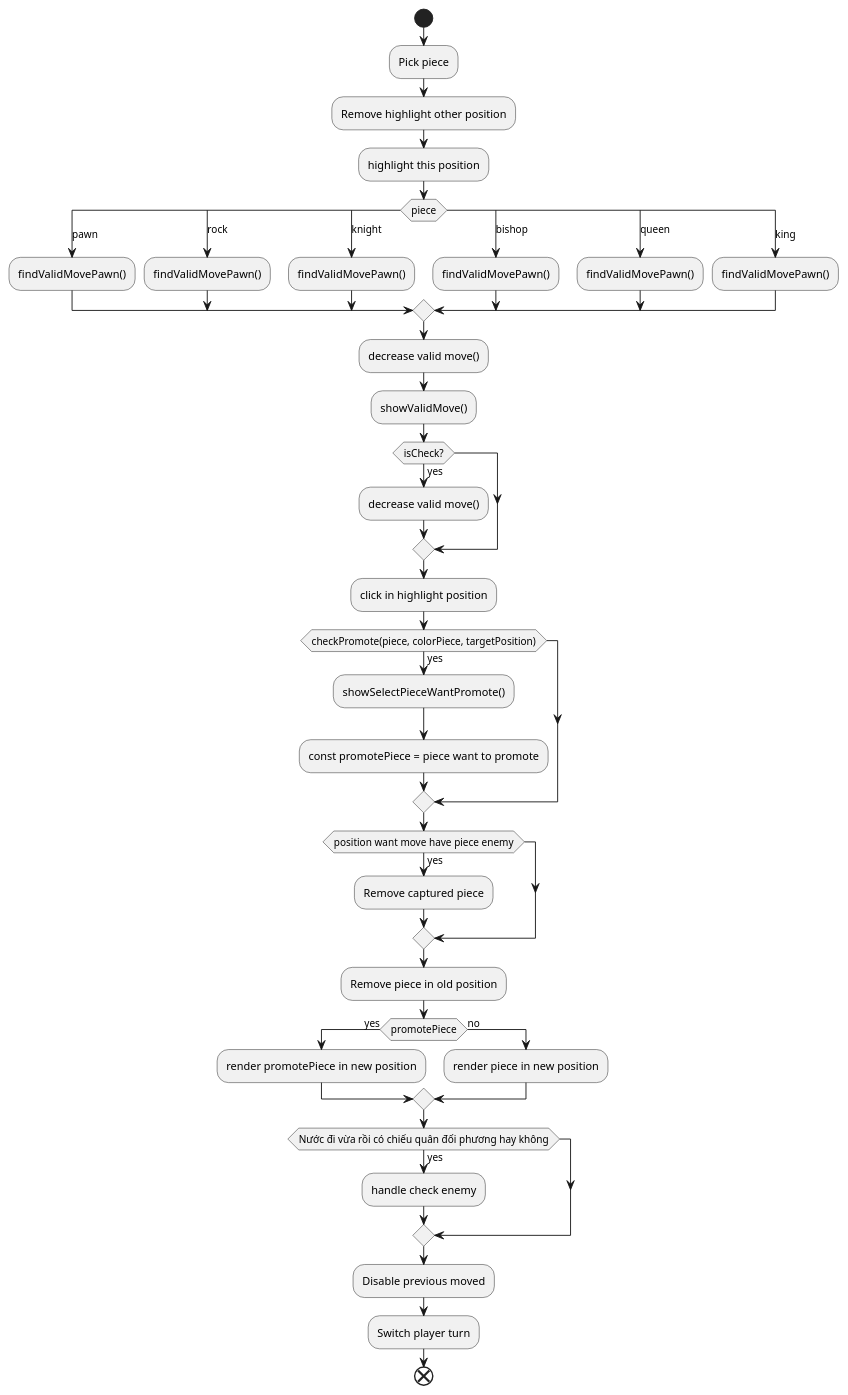
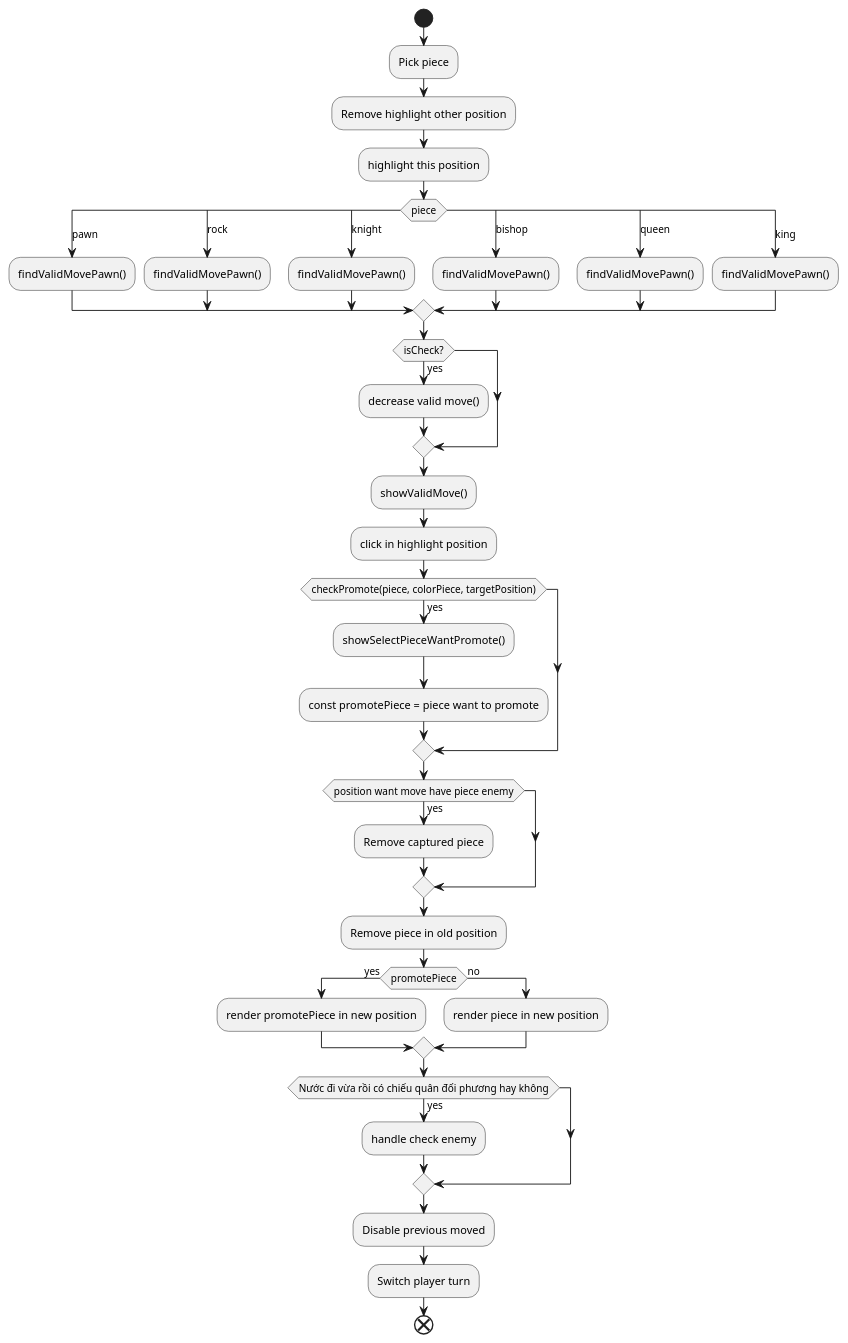
The diagram in chessGame/docs/diagrams/movePiece.wsd (kieutridang/set2023), drawn with PlantUML before and after one commit.

Commit message:
update flowchart

```diff
--- a/chessGame/docs/diagrams/movePiece.wsd
+++ b/chessGame/docs/diagrams/movePiece.wsd
@@ -1,57 +1,57 @@
 @startuml
 start
 
 :Pick piece;
 :Remove highlight other position;
 :highlight this position;
 
 switch (piece)
 case (pawn)
 :findValidMovePawn();
 case (rock)
 :findValidMovePawn();
 case (knight)
 :findValidMovePawn();
 case (bishop)
 :findValidMovePawn();
 case (queen)
 :findValidMovePawn();
 case (king)
 :findValidMovePawn();
 
 endswitch
-:decrease valid move();
 
-:showValidMove();
 
 
 if(isCheck?) then (yes)
     :decrease valid move();
 endif
+
+:showValidMove();
 :click in highlight position;
 
 if (checkPromote(piece, colorPiece, targetPosition)) then (yes)
     :showSelectPieceWantPromote();
     :const promotePiece = piece want to promote;
 endif
 
 
 if (position want move have piece enemy) then (yes)
     :Remove captured piece;
 endif
 :Remove piece in old position;
 
 if(promotePiece) then (yes)
     :render promotePiece in new position;
 else (no)
     :render piece in new position;
 endif
 if (Nước đi vừa rồi có chiếu quân đối phương hay không) then (yes)
     :handle check enemy;
 endif
 :Disable previous moved;
 :Switch player turn;
 
 
 end
 @enduml
```
